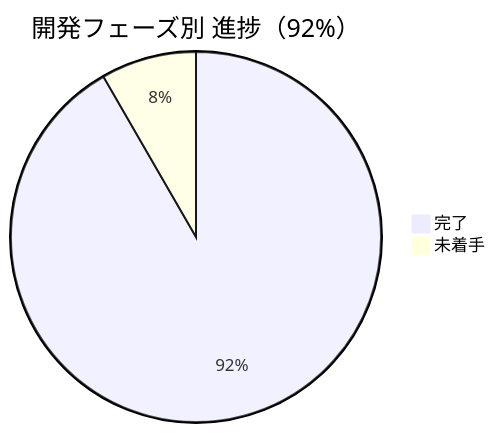
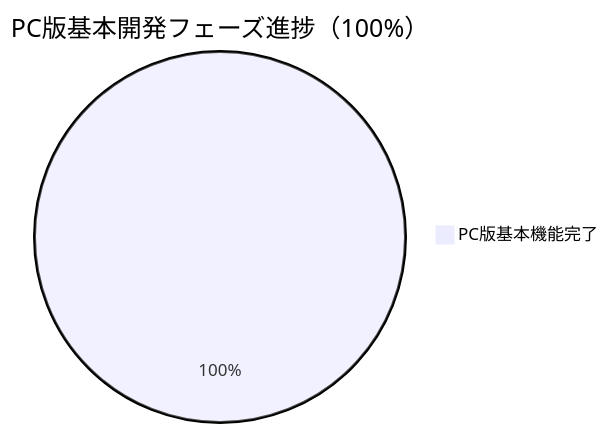
The diagram in NAC HUB/progress_summary.md (nac1202/test-ap), drawn with Mermaid before and after one commit. The commit also changed other lines of this file and 10 other files, not shown here.

````diff
--- a/NAC HUB/progress_summary.md
+++ b/NAC HUB/progress_summary.md
@@ -16,5 +16,4 @@
 ```mermaid
-pie title 開発フェーズ別 進捗（92%）
-    "完了" : 11
-    "未着手" : 1
+pie title PC版基本開発フェーズ進捗（100%）
+    "PC版基本機能完了" : 12
 ```
````
